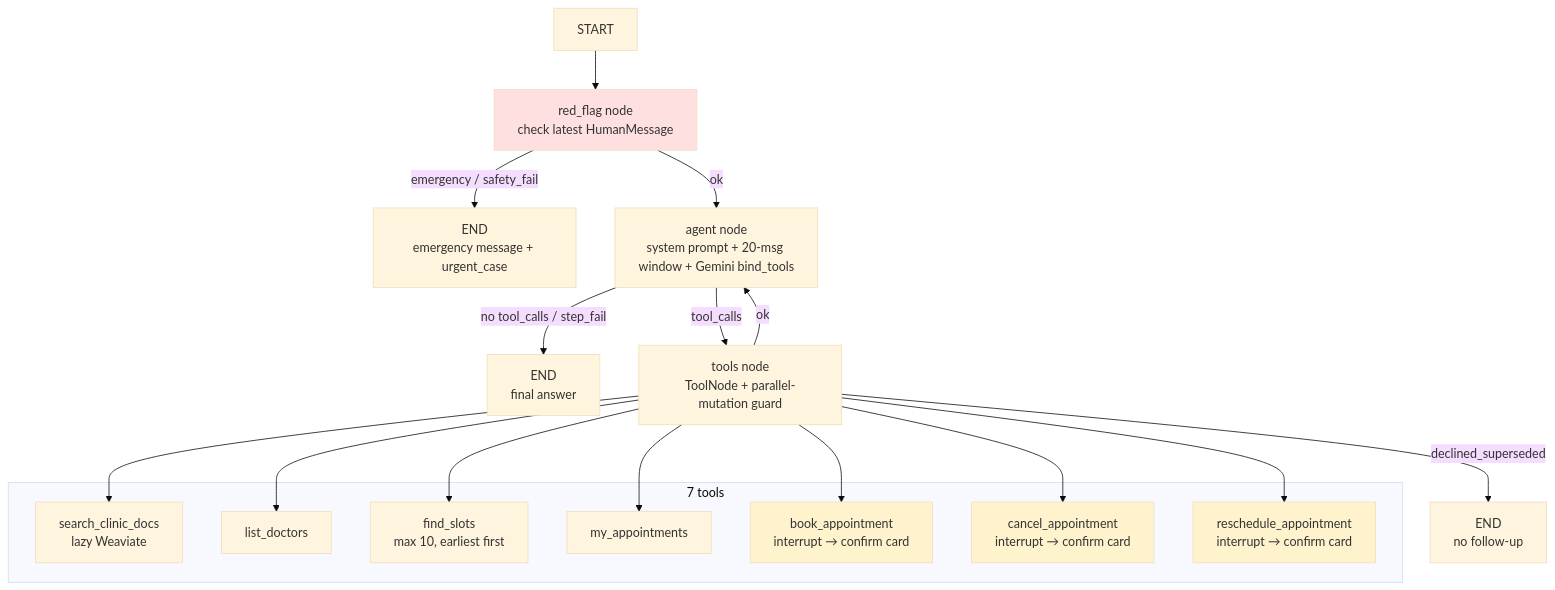
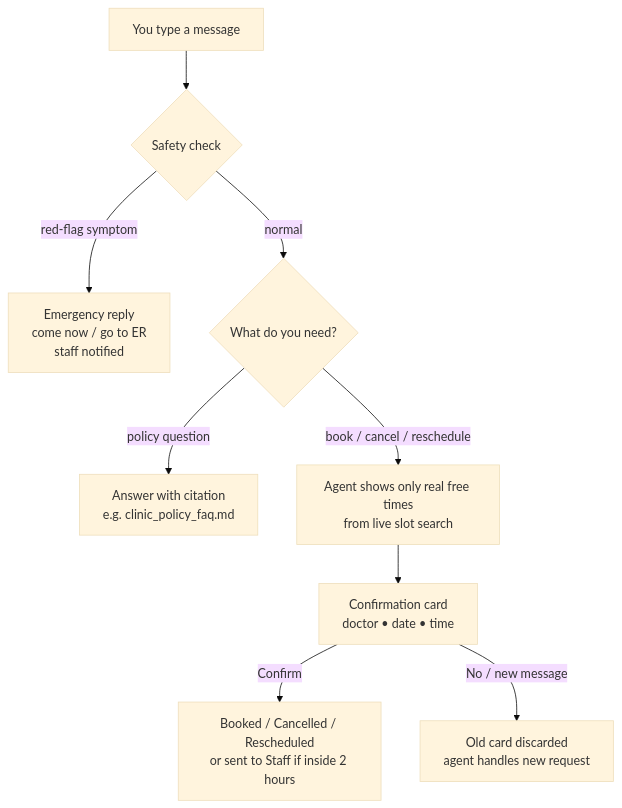
The second of 2 diagrams in README.md (gunfighter9901/NetraCare_Clinic_AI_front_desk), drawn with Mermaid (base theme) before and after one commit. The commit also changed other lines of this file, not shown here.

Commit message:
README: title, one-line summary, abstract, user-view architecture, behavior graph, core structure, run + optional verify

````diff
--- a/README.md
+++ b/README.md
@@ -32,34 +31,11 @@
 ```mermaid
 graph TD
-  START --> RF[red_flag node<br/>check latest HumanMessage]
-  RF -- emergency / safety_fail --> END1[END<br/>emergency message + urgent_case]
-  RF -- ok --> AG[agent node<br/>system prompt + 20-msg window + Gemini bind_tools]
-  AG -- no tool_calls / step_fail --> END2[END<br/>final answer]
-  AG -- tool_calls --> TN[tools node<br/>ToolNode + parallel-mutation guard]
-
-  subgraph TOOLS [7 tools]
-    T1[search_clinic_docs<br/>lazy Weaviate]
-    T2[list_doctors]
-    T3[find_slots<br/>max 10, earliest first]
-    T4[my_appointments]
-    T5[book_appointment<br/>interrupt → confirm card]
-    T6[cancel_appointment<br/>interrupt → confirm card]
-    T7[reschedule_appointment<br/>interrupt → confirm card]
-  end
-
-  TN --> T1
-  TN --> T2
-  TN --> T3
-  TN --> T4
-  TN --> T5
-  TN --> T6
-  TN --> T7
-
-  TN -- declined_superseded --> END3[END<br/>no follow-up]
-  TN -- ok --> AG
-
-  style RF fill:#ffe0e0
-  style T5 fill:#fff3cd
-  style T6 fill:#fff3cd
-  style T7 fill:#fff3cd
+  You[You type a message] --> Safe{Safety check}
+  Safe -- red-flag symptom --> ER[Emergency reply<br/>come now / go to ER<br/>staff notified]
+  Safe -- normal --> Help{What do you need?}
+  Help -- policy question --> Ans[Answer with citation<br/>e.g. clinic_policy_faq.md]
+  Help -- book / cancel / reschedule --> Slots[Agent shows only real free times<br/>from live slot search]
+  Slots --> Card[Confirmation card<br/>doctor • date • time]
+  Card -- Confirm --> Done[Booked / Cancelled / Rescheduled<br/>or sent to Staff if inside 2 hours]
+  Card -- No / new message --> Retry[Old card discarded<br/>agent handles new request]
 ```
````
